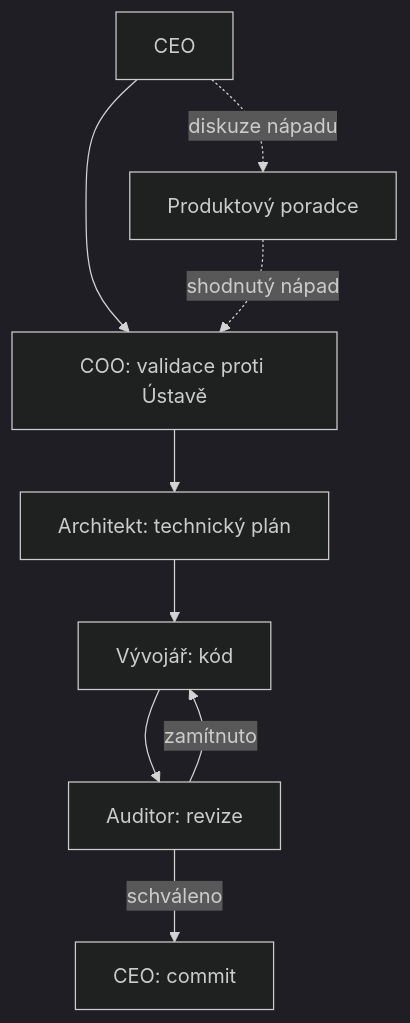
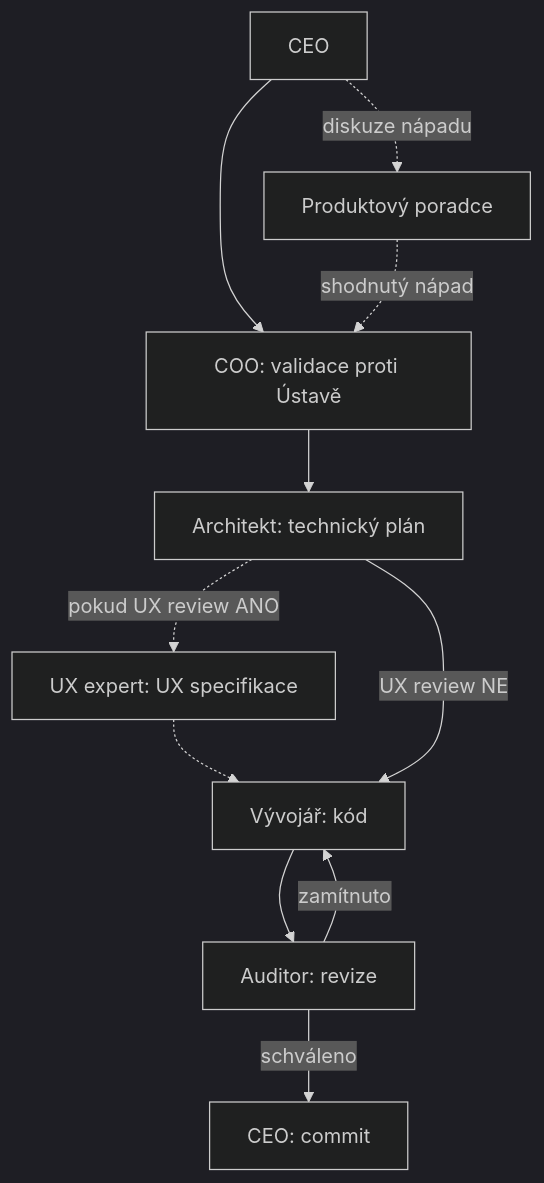
Before and after one commit to LukasKlubert/projekt-version-2: the diagram in .cursor/README.md, drawn with Mermaid (dark theme). The commit also changed other lines of this file and 27 other files, not shown here.

````diff
--- a/.cursor/README.md
+++ b/.cursor/README.md
@@ -32,11 +36,13 @@
 ```mermaid
 flowchart TD
 CEO["CEO"] --> COO["COO: validace proti Ústavě"]
 CEO -.diskuze nápadu.-> Poradce["Produktový poradce"]
 Poradce -.shodnutý nápad.-> COO
 COO --> Architekt["Architekt: technický plán"]
-Architekt --> Vyvojar["Vývojář: kód"]
+Architekt -.pokud UX review ANO.-> UX["UX expert: UX specifikace"]
+UX -.-> Vyvojar
+Architekt -->|UX review NE| Vyvojar["Vývojář: kód"]
 Vyvojar --> Auditor["Auditor: revize"]
 Auditor -->|schváleno| Commit["CEO: commit"]
 Auditor -->|zamítnuto| Vyvojar
 ```
````
